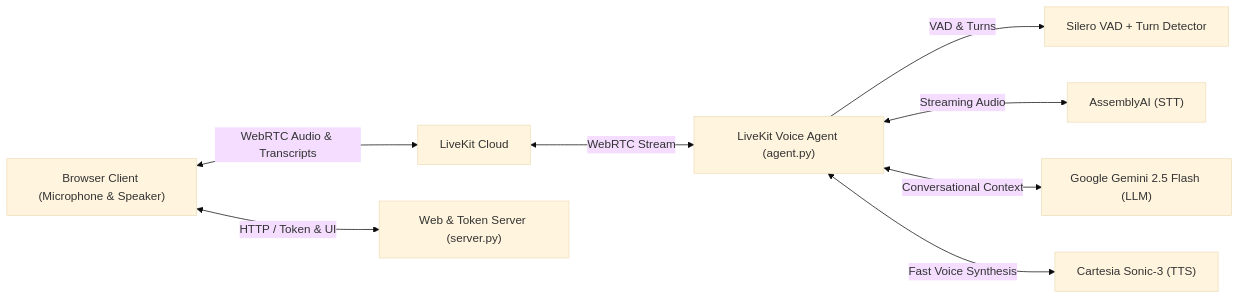
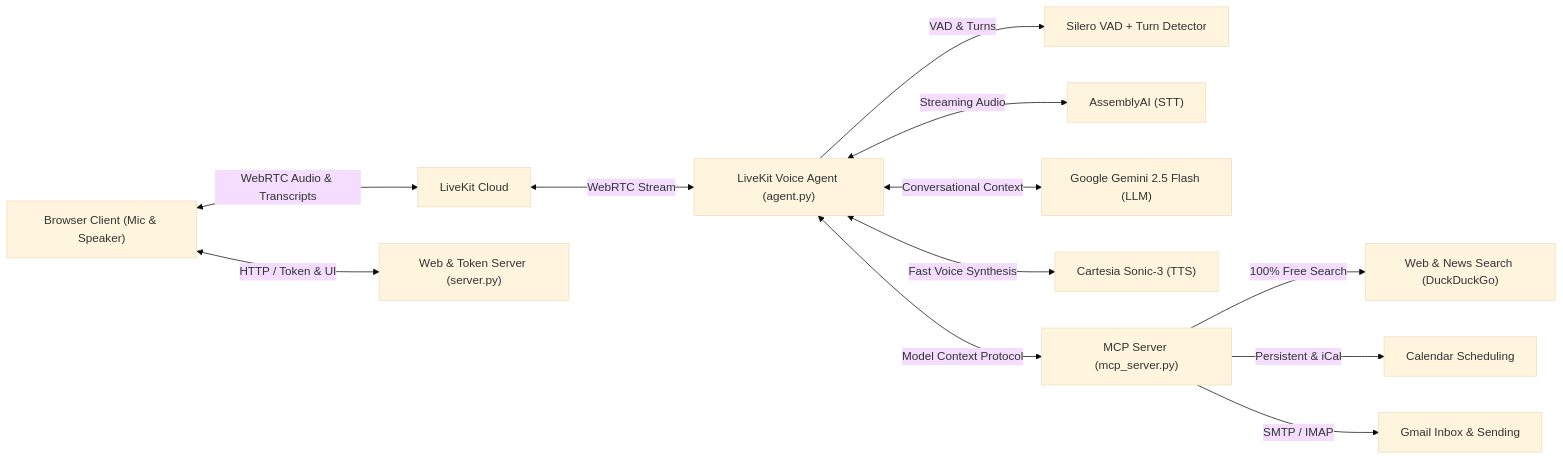
Before and after one commit to Sargam-max/VOICE_AGENT_-1: the diagram in README.md, drawn with Mermaid (base theme). The commit also changed other lines of this file and 8 other files, not shown here.

Commit message:
feat(mcp): add free web search, calendar scheduling, and gmail tools via MCP

````diff
--- a/README.md
+++ b/README.md
@@ -17,10 +18,14 @@
 ```mermaid
 flowchart LR
-    User["Browser Client (Microphone & Speaker)"] <-->|"WebRTC Audio & Transcripts"| LK["LiveKit Cloud"]
+    User["Browser Client (Mic & Speaker)"] <-->|"WebRTC Audio & Transcripts"| LK["LiveKit Cloud"]
     LK <-->|"WebRTC Stream"| Agent["LiveKit Voice Agent (agent.py)"]
     Agent -->|"VAD & Turns"| Silero["Silero VAD + Turn Detector"]
     Agent <-->|"Streaming Audio"| AAI["AssemblyAI (STT)"]
     Agent <-->|"Conversational Context"| Gemini["Google Gemini 2.5 Flash (LLM)"]
     Agent <-->|"Fast Voice Synthesis"| Cartesia["Cartesia Sonic-3 (TTS)"]
+    Agent <-->|"Model Context Protocol"| MCP["MCP Server (mcp_server.py)"]
+    MCP -->|"100% Free Search"| WebSearch["Web & News Search (DuckDuckGo)"]
+    MCP -->|"Persistent & iCal"| Calendar["Calendar Scheduling"]
+    MCP -->|"SMTP / IMAP"| Gmail["Gmail Inbox & Sending"]
     User <-->|"HTTP / Token & UI"| Server["Web & Token Server (server.py)"]
 ```
````
